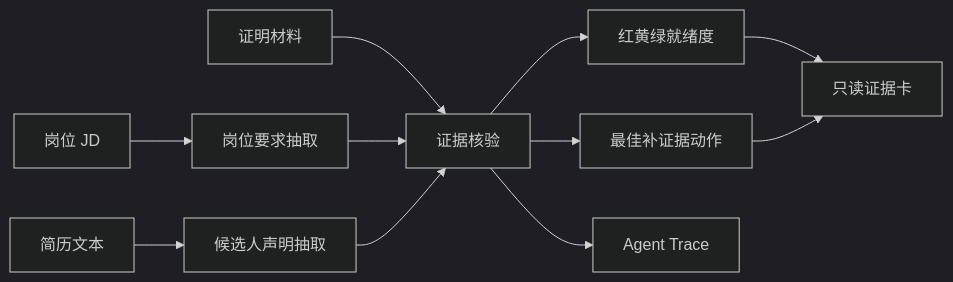
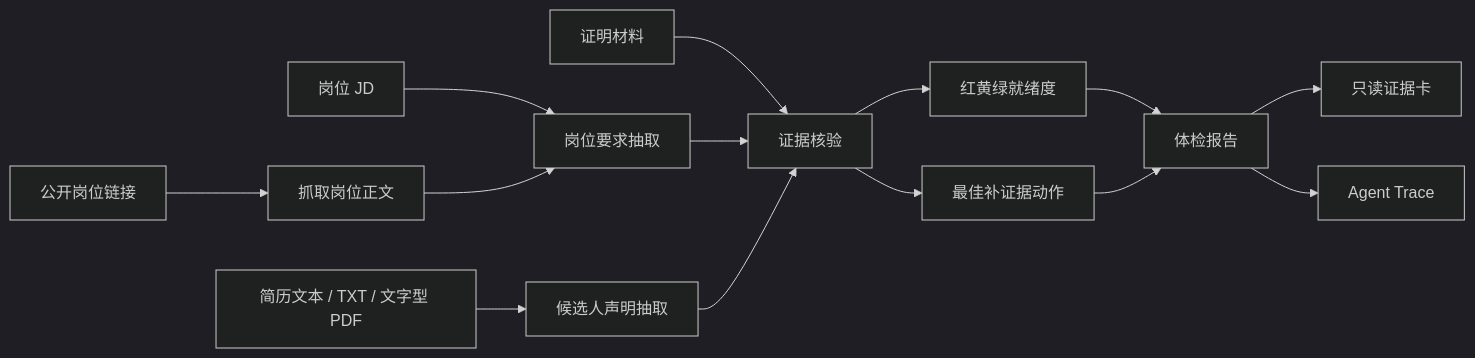
Before and after one commit to veithly/Clack: the diagram in README.md, drawn with Mermaid (dark theme). The commit also changed other lines of this file, not shown here.

````diff
--- a/README.md
+++ b/README.md
@@ -69,13 +57,16 @@
 ```mermaid
 flowchart LR
-  A["岗位 JD"] --> B["岗位要求抽取"]
-  C["简历文本"] --> D["候选人声明抽取"]
-  E["证明材料"] --> F["证据核验"]
-  B --> F
-  D --> F
-  F --> G["红黄绿就绪度"]
-  F --> H["最佳补证据动作"]
-  G --> I["只读证据卡"]
-  H --> I
-  F --> J["Agent Trace"]
+  URL["公开岗位链接"] --> Fetch["抓取岗位正文"]
+  JD["岗位 JD"] --> Job["岗位要求抽取"]
+  CV["简历文本 / TXT / 文字型 PDF"] --> Claims["候选人声明抽取"]
+  Evidence["证明材料"] --> Bind["证据核验"]
+  Fetch --> Job
+  Job --> Bind
+  Claims --> Bind
+  Bind --> Score["红黄绿就绪度"]
+  Bind --> Action["最佳补证据动作"]
+  Score --> Report["体检报告"]
+  Action --> Report
+  Report --> Card["只读证据卡"]
+  Report --> Trace["Agent Trace"]
 ```
````
